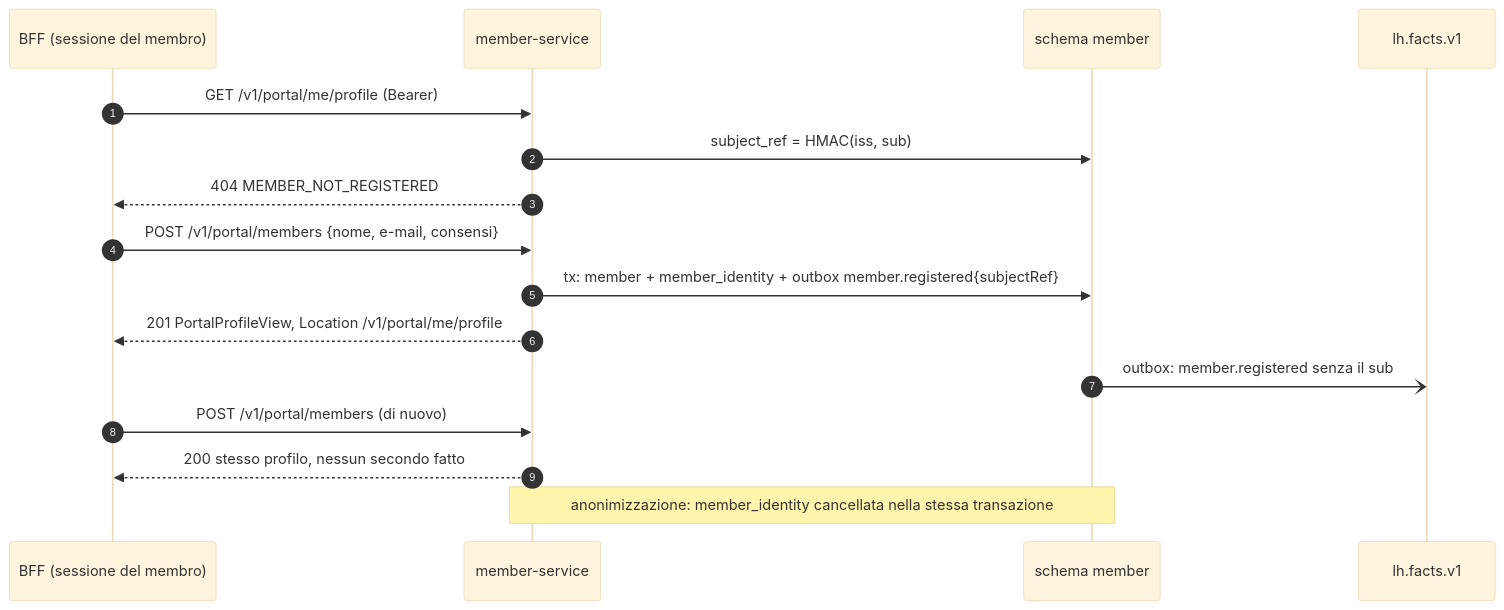
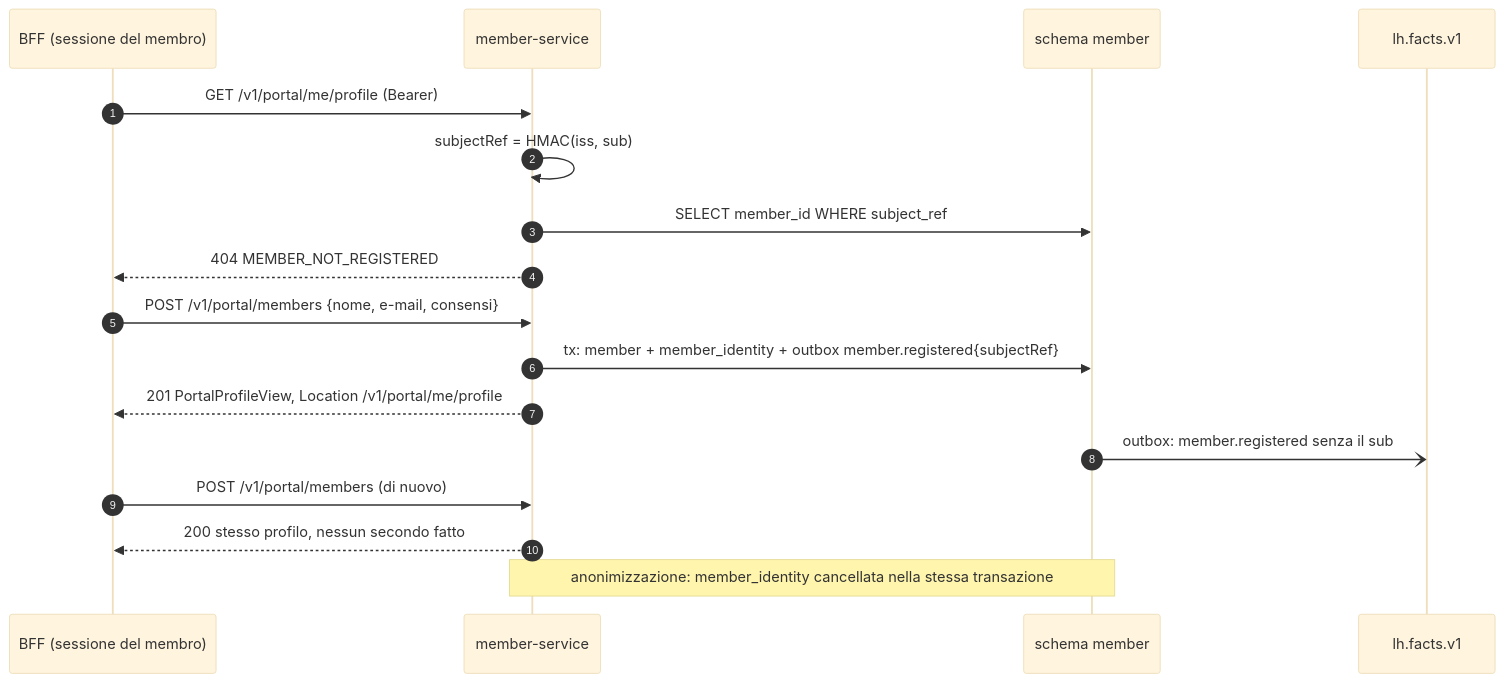
The third of 3 diagrams in docs/servizi/member-service.md (peppe-ruv/Loyalty_Sys), drawn with Mermaid (base theme) before and after one commit. The commit also changed other lines of this file and 13 other files, not shown here.

````diff
--- a/docs/servizi/member-service.md
+++ b/docs/servizi/member-service.md
@@ -162,20 +165,21 @@
 ```mermaid
 sequenceDiagram
   accTitle: Registrazione dal portale e legame account membro
   accDescr: Il browser chiede il profilo con il token e riceve 404 perché l'account non ha un membro; poi registra il membro. member-service inserisce in una sola transazione il membro, il legame con il pseudonimo e il fatto in outbox; una seconda registrazione dello stesso account restituisce il profilo esistente senza un secondo fatto.
   autonumber
   participant B as BFF (sessione del membro)
   participant M as member-service
   participant DB as schema member
   participant K as lh.facts.v1
   B->>M: GET /v1/portal/me/profile (Bearer)
-  M->>DB: subject_ref = HMAC(iss, sub)
+  M->>M: subjectRef = HMAC(iss, sub)
+  M->>DB: SELECT member_id WHERE subject_ref
   M-->>B: 404 MEMBER_NOT_REGISTERED
   B->>M: POST /v1/portal/members {nome, e-mail, consensi}
   M->>DB: tx: member + member_identity + outbox member.registered{subjectRef}
   M-->>B: 201 PortalProfileView, Location /v1/portal/me/profile
   DB-)K: outbox: member.registered senza il sub
   B->>M: POST /v1/portal/members (di nuovo)
   M-->>B: 200 stesso profilo, nessun secondo fatto
   Note over M,DB: anonimizzazione: member_identity cancellata nella stessa transazione
 ```
````
